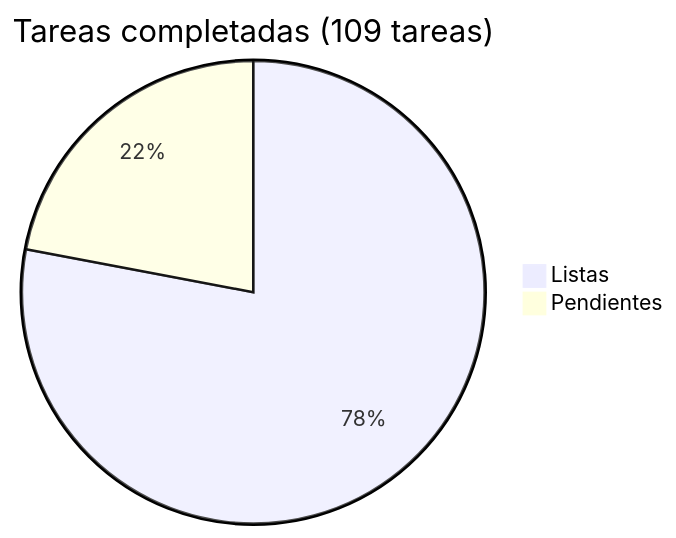
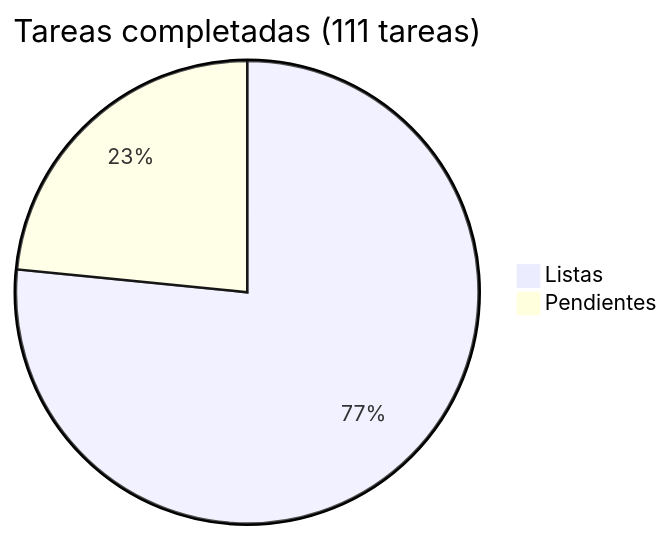
One commit to araguaney-lat/araguaney changed the diagram in docs/roadmap/README.md. Above: the diagram before and after it, drawn with Mermaid. The commit also changed other lines of this file and 1 other file, not shown here.

Commit message:
docs: redesign Phase 6 roadmap — seeds-first + internet-required lookups

````diff
--- a/docs/roadmap/README.md
+++ b/docs/roadmap/README.md
@@ -5,5 +5,5 @@
 ```mermaid
-pie title Tareas completadas (109 tareas)
+pie title Tareas completadas (111 tareas)
     "Listas" : 85
-    "Pendientes" : 24
+    "Pendientes" : 26
 ```
````
